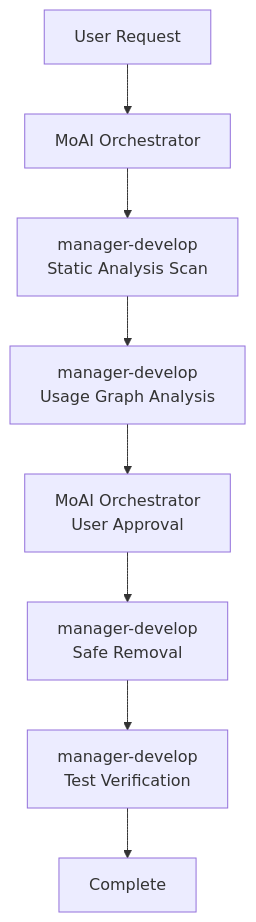
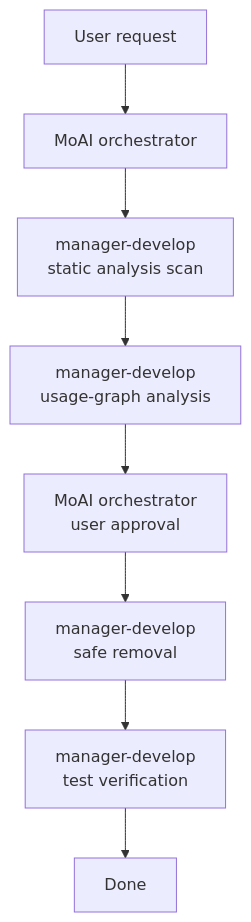
The second of 2 diagrams in docs-site/content/en/utility-commands/moai-clean.md (modu-ai/moai-adk), drawn with Mermaid before and after one commit. The commit also changed other lines of this file and 395 other files, not shown here.

````diff
--- a/docs-site/content/en/utility-commands/moai-clean.md
+++ b/docs-site/content/en/utility-commands/moai-clean.md
@@ -171,10 +173,10 @@
 ```mermaid
 flowchart TD
-    User["User Request"] --> MoAI["MoAI Orchestrator"]
-    MoAI --> Refactor1["manager-develop<br/>Static Analysis Scan"]
-    Refactor1 --> Refactor2["manager-develop<br/>Usage Graph Analysis"]
-    Refactor2 --> MoAI2["MoAI Orchestrator<br/>User Approval"]
-    MoAI2 --> Refactor3["manager-develop<br/>Safe Removal"]
-    Refactor3 --> Testing["manager-develop<br/>Test Verification"]
-    Testing --> Complete["Complete"]
+    User["User request"] --> MoAI["MoAI orchestrator"]
+    MoAI --> Refactor1["manager-develop<br/>static analysis scan"]
+    Refactor1 --> Refactor2["manager-develop<br/>usage-graph analysis"]
+    Refactor2 --> MoAI2["MoAI orchestrator<br/>user approval"]
+    MoAI2 --> Refactor3["manager-develop<br/>safe removal"]
+    Refactor3 --> Testing["manager-develop<br/>test verification"]
+    Testing --> Complete["Done"]
 ```
````
